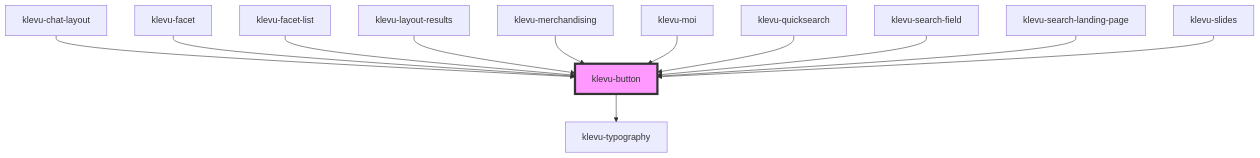
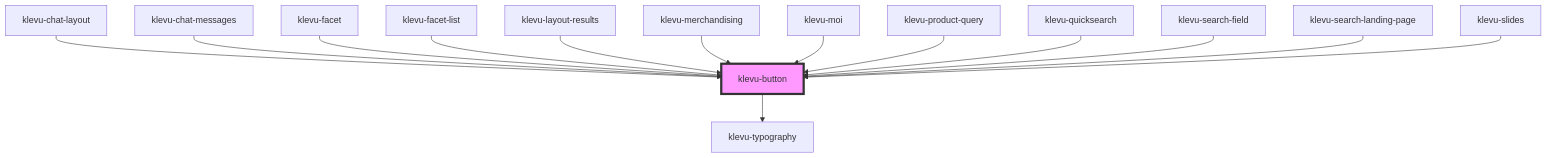
The diagram in packages/klevu-ui/src/components/klevu-button/readme.md (klevultd/frontend-sdk), drawn with Mermaid before and after one commit. The commit also changed other lines of this file and 34 other files, not shown here.

````diff
--- a/packages/klevu-ui/src/components/klevu-button/readme.md
+++ b/packages/klevu-ui/src/components/klevu-button/readme.md
@@ -56,15 +58,17 @@
 ```mermaid
 graph TD;
   klevu-button --> klevu-typography
   klevu-chat-layout --> klevu-button
+  klevu-chat-messages --> klevu-button
   klevu-facet --> klevu-button
   klevu-facet-list --> klevu-button
   klevu-layout-results --> klevu-button
   klevu-merchandising --> klevu-button
   klevu-moi --> klevu-button
+  klevu-product-query --> klevu-button
   klevu-quicksearch --> klevu-button
   klevu-search-field --> klevu-button
   klevu-search-landing-page --> klevu-button
   klevu-slides --> klevu-button
   style klevu-button fill:#f9f,stroke:#333,stroke-width:4px
 ```
````
